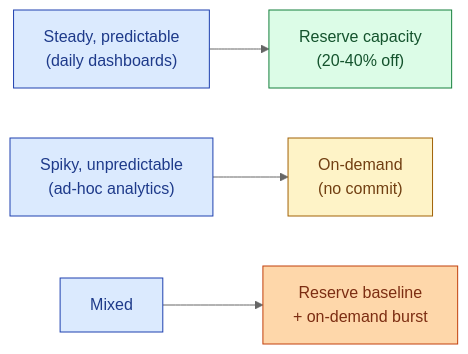
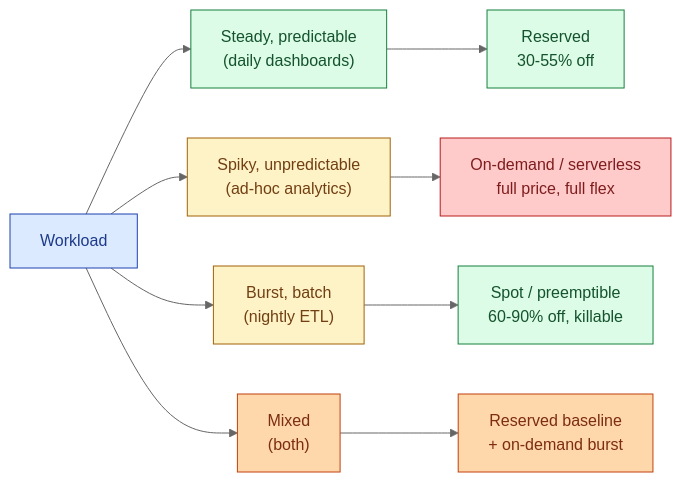
One commit to shiningflash/shiningflash.github.io changed the first of 4 diagrams in _de_concepts/059-reserved-vs-on-demand.md. Above: the diagram before and after it, drawn with Mermaid (neutral theme). The commit also changed other lines of this file and 69 other files, not shown here.

````diff
--- a/_de_concepts/059-reserved-vs-on-demand.md
+++ b/_de_concepts/059-reserved-vs-on-demand.md
@@ -12,11 +14,19 @@
 ```mermaid
 flowchart LR
-    Q1["Steady, predictable<br/>(daily dashboards)"]:::a --> Res["Reserve capacity<br/>(20-40% off)"]:::g
-    Q2["Spiky, unpredictable<br/>(ad-hoc analytics)"]:::a --> OD["On-demand<br/>(no commit)"]:::y
-    Q3["Mixed"]:::a --> Hybrid["Reserve baseline<br/>+ on-demand burst"]:::b
+    WL["Workload"]:::a
+    WL --> Steady["Steady, predictable<br/>(daily dashboards)"]:::g
+    WL --> Spiky["Spiky, unpredictable<br/>(ad-hoc analytics)"]:::y
+    WL --> Burst["Burst, batch<br/>(nightly ETL)"]:::y
+    WL --> Mix["Mixed<br/>(both)"]:::b
+
+    Steady --> Res["Reserved<br/>30-55% off"]:::g
+    Spiky --> OD["On-demand / serverless<br/>full price, full flex"]:::r
+    Burst --> Spot["Spot / preemptible<br/>60-90% off, killable"]:::g
+    Mix --> Hybrid["Reserved baseline<br/>+ on-demand burst"]:::b
 
     classDef a fill:#dbeafe,stroke:#1e40af,color:#1e3a8a
     classDef g fill:#dcfce7,stroke:#15803d,color:#14532d
     classDef y fill:#fef3c7,stroke:#a16207,color:#713f12
+    classDef r fill:#fecaca,stroke:#b91c1c,color:#7f1d1d
     classDef b fill:#fed7aa,stroke:#c2410c,color:#7c2d12
 ```
````
